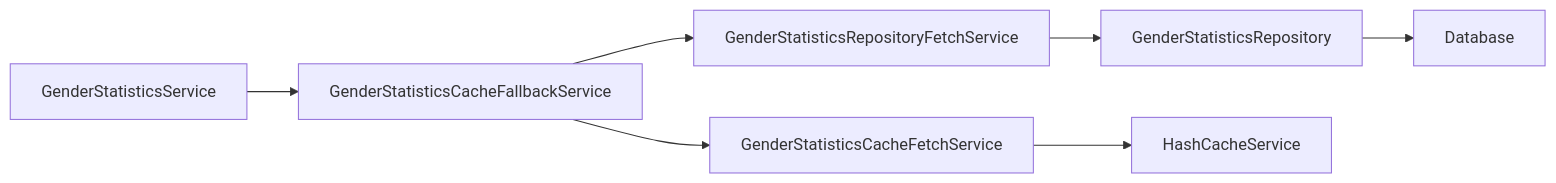
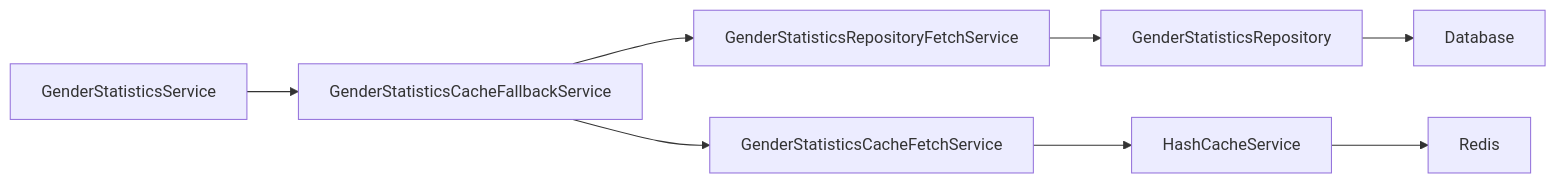
The second of 2 diagrams in portfolio/레디스 캐싱 적용.md (Hansanghyun-github/TIL), drawn with Mermaid before and after one commit. The commit also changed other lines of this file, not shown here.

Commit message:
add detailed explanation to applying redis cache docs

````diff
--- a/portfolio/레디스 캐싱 적용.md
+++ b/portfolio/레디스 캐싱 적용.md
@@ -19,9 +19,10 @@
 ```mermaid
 graph LR
-    A[GenderStatisticsService] --> B[GenderStatisticsCacheFallbackService]
-    B --> C[GenderStatisticsRepositoryFetchService]
-    B --> D[GenderStatisticsCacheFetchService]
-    C --> E[GenderStatisticsRepository]
-    D --> F[HashCacheService]
-    E --> G[Database]
+   A[GenderStatisticsService] --> B[GenderStatisticsCacheFallbackService]
+   B --> C[GenderStatisticsRepositoryFetchService]
+   B --> D[GenderStatisticsCacheFetchService]
+   C --> E[GenderStatisticsRepository]
+   D --> F[HashCacheService]
+   E --> G[Database]
+   F --> H[Redis]
 ```
````
